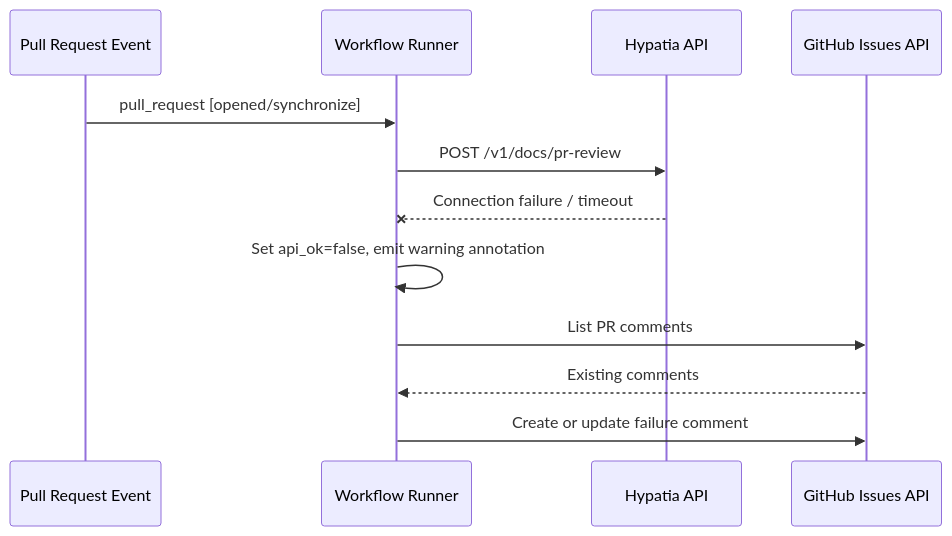
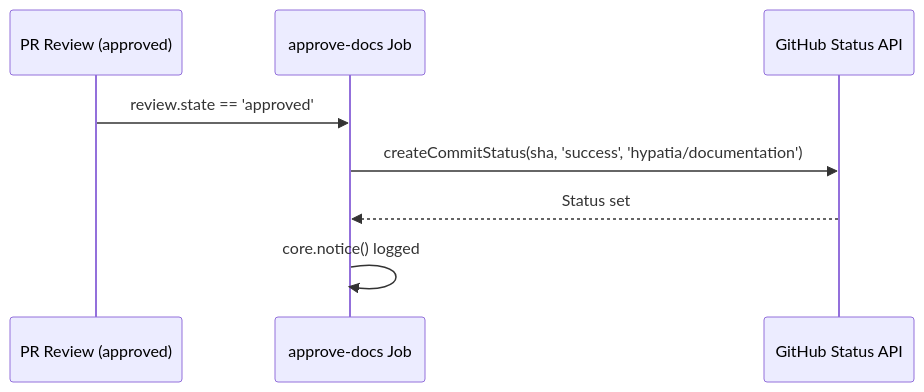
Before and after one commit to cornelisnetworks/opa-psm2-tests: the third of 4 diagrams in docs/.github-workflows.md, drawn with Mermaid. The commit also changed other lines of this file and 1 other file, not shown here.

Commit message:
docs: auto-generate documentation for PR #1 [skip ci]

````diff
--- a/docs/.github-workflows.md
+++ b/docs/.github-workflows.md
@@ -64,15 +69,11 @@
 ```mermaid
 sequenceDiagram
-    participant PR as Pull Request Event
-    participant WF as Workflow Runner
-    participant API as Hypatia API
-    participant GH as GitHub Issues API
+    participant Review as PR Review (approved)
+    participant Approve as approve-docs Job
+    participant GH as GitHub Status API
 
-    PR->>WF: pull_request [opened/synchronize]
-    WF->>API: POST /v1/docs/pr-review
-    API--xWF: Connection failure / timeout
-    WF->>WF: Set api_ok=false, emit warning annotation
-    WF->>GH: List PR comments
-    GH-->>WF: Existing comments
-    WF->>GH: Create or update failure comment
+    Review->>Approve: review.state == 'approved'
+    Approve->>GH: createCommitStatus(sha, 'success', 'hypatia/documentation')
+    GH-->>Approve: Status set
+    Approve->>Approve: core.notice() logged
 ```
````
